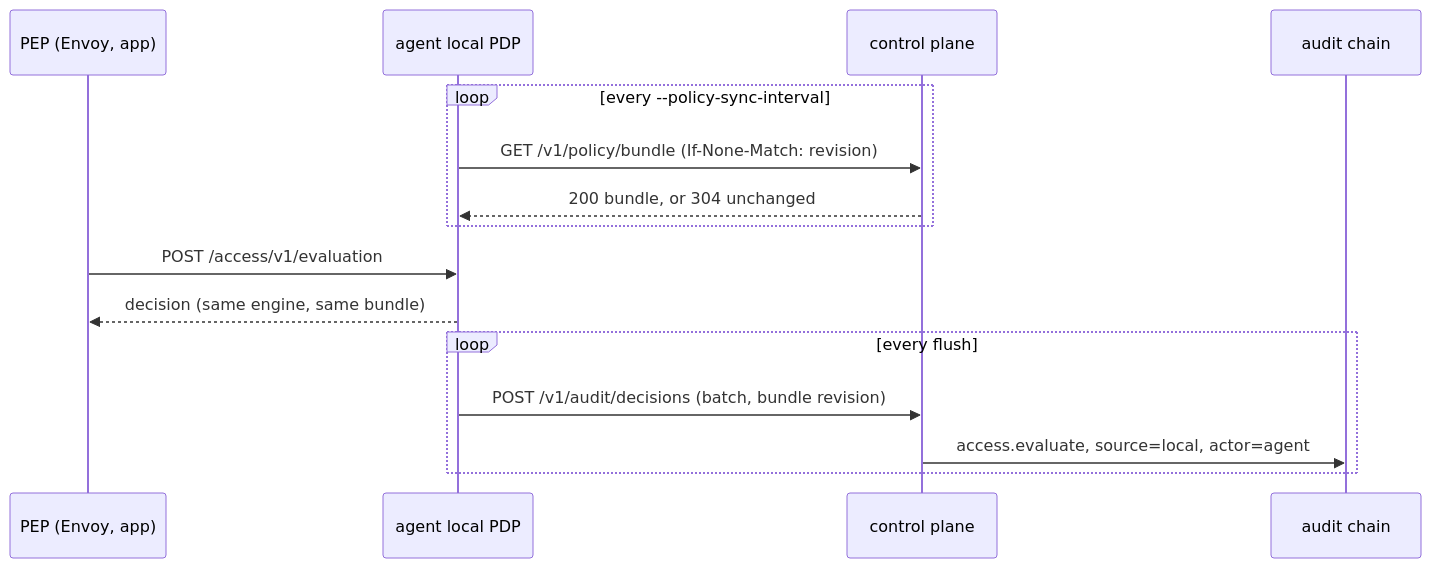
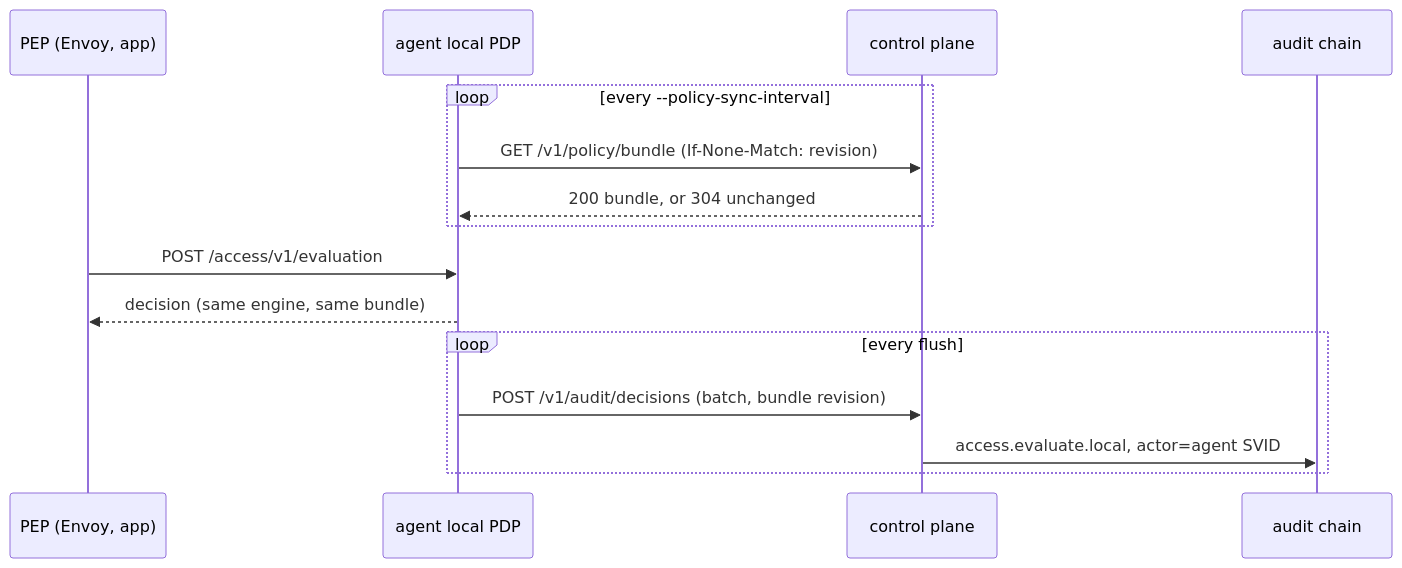
One commit to kanywst/omega changed the second of 3 diagrams in docs/local-pdp.md. Above: the diagram before and after it, drawn with Mermaid. The commit also changed other lines of this file and 21 other files, not shown here.

````diff
--- a/docs/local-pdp.md
+++ b/docs/local-pdp.md
@@ -23,17 +23,17 @@
 ```mermaid
 sequenceDiagram
   participant PEP as PEP (Envoy, app)
   participant A as agent local PDP
   participant CP as control plane
   participant L as audit chain
   loop every --policy-sync-interval
     A->>CP: GET /v1/policy/bundle (If-None-Match: revision)
     CP-->>A: 200 bundle, or 304 unchanged
   end
   PEP->>A: POST /access/v1/evaluation
   A-->>PEP: decision (same engine, same bundle)
   loop every flush
     A->>CP: POST /v1/audit/decisions (batch, bundle revision)
-    CP->>L: access.evaluate, source=local, actor=agent
+    CP->>L: access.evaluate.local, actor=agent SVID
   end
 ```
````
